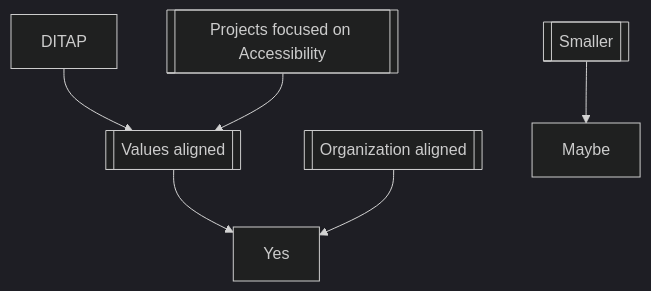
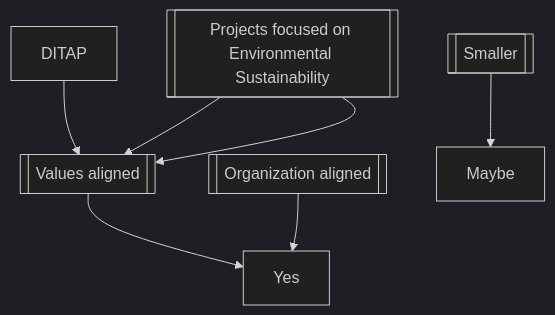
The second of 2 diagrams in impact.md (mgifford/mermaid-graphs), drawn with Mermaid (dark theme) before and after one commit.

Commit message:
Environment

````diff
--- a/impact.md
+++ b/impact.md
@@ -26,8 +26,9 @@
 ```mermaid
 graph TD
    DITAP-->Tier1;
    Accessibility[[Projects focused on Accessibility]]-->Tier1;
+   Accessibility[[Projects focused on Environmental Sustainability]]-->Tier1;
    Tier1[[Values aligned]]-->Yes;
    Tier2[[Organization aligned]]-->Yes
    Tier3[[Smaller]]-->Maybe
 ```
````
